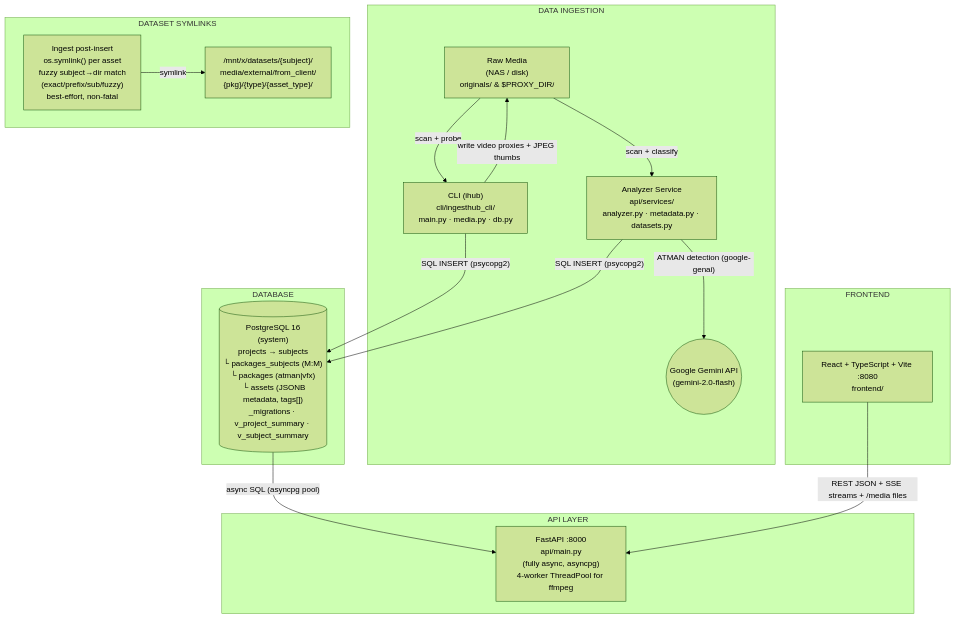
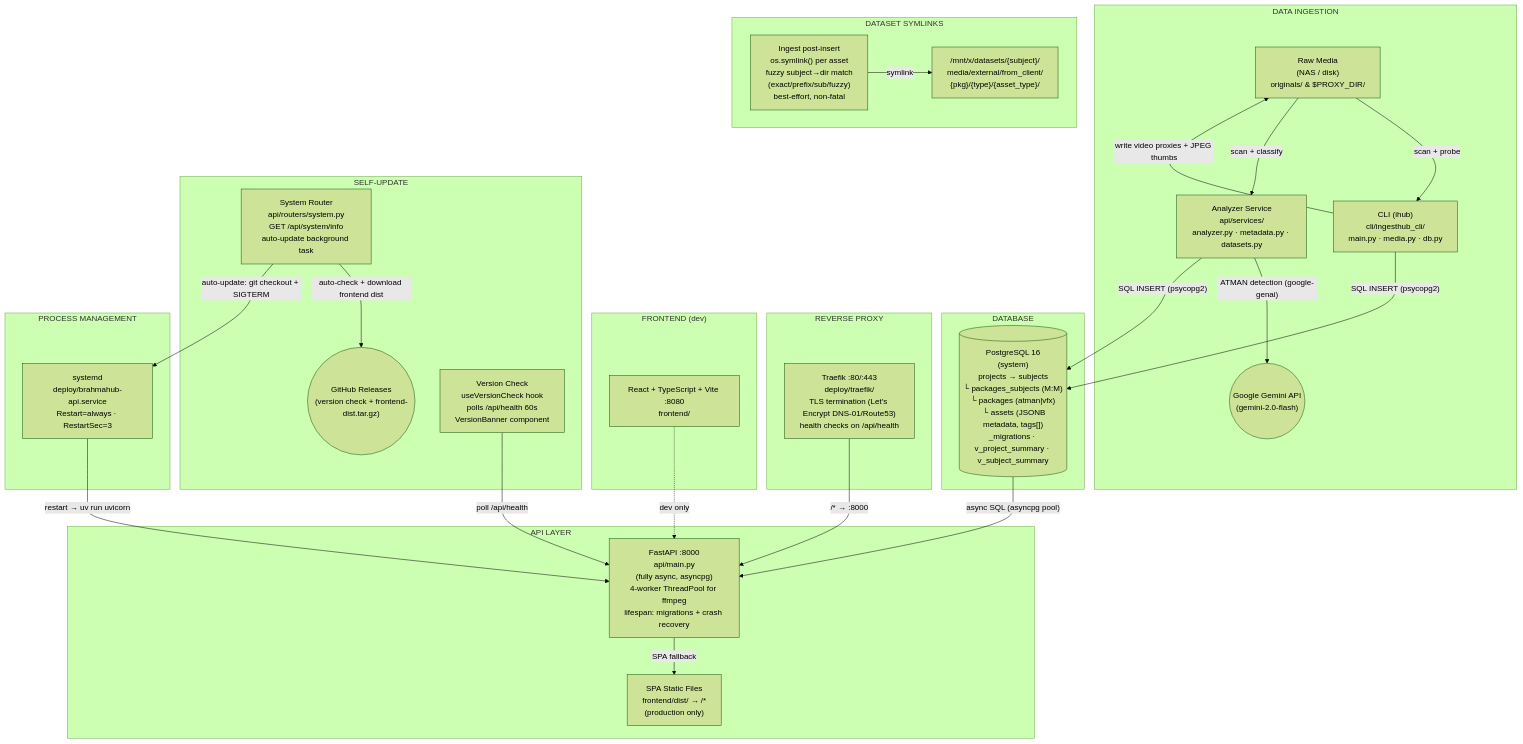
Before and after one commit to Metaphysic-ai/brahmahub: the diagram in CLAUDE.md, drawn with Mermaid (forest theme). The commit also changed other lines of this file and 21 other files, not shown here.

First line of the commit message:
feat: add automatic self-update via GitHub Releases

````diff
--- a/CLAUDE.md
+++ b/CLAUDE.md
@@ -167,38 +236,59 @@
 ```mermaid
 graph TB
     subgraph ingestion["DATA INGESTION"]
         media["Raw Media<br/>(NAS / disk)<br/>originals/ &amp; $PROXY_DIR/"]
         cli["CLI (ihub)<br/>cli/ingesthub_cli/<br/>main.py · media.py · db.py"]
         analyzer["Analyzer Service<br/>api/services/<br/>analyzer.py · metadata.py · datasets.py"]
         gemini(("Google Gemini API<br/>(gemini-2.0-flash)"))
 
         media -- "scan + probe" --> cli
         cli -- "write video proxies + JPEG thumbs" --> media
         media -- "scan + classify" --> analyzer
         analyzer -- "ATMAN detection (google-genai)" --> gemini
     end
 
     subgraph symlinks["DATASET SYMLINKS"]
         datasets["/mnt/x/datasets/{subject}/<br/>media/external/from_client/<br/>{pkg}/{type}/{asset_type}/"]
         ingest_post["Ingest post-insert<br/>os.symlink() per asset<br/>fuzzy subject→dir match<br/>(exact/prefix/sub/fuzzy)<br/>best-effort, non-fatal"]
 
         ingest_post -- "symlink" --> datasets
     end
 
     subgraph database["DATABASE"]
         pg[("PostgreSQL 16<br/>(system)<br/>projects → subjects<br/>└ packages_subjects (M:M)<br/>└ packages (atman|vfx)<br/>&nbsp;&nbsp;└ assets (JSONB metadata, tags[])<br/>_migrations · v_project_summary · v_subject_summary")]
     end
 
-    subgraph api["API LAYER"]
-        fastapi["FastAPI :8000<br/>api/main.py<br/>(fully async, asyncpg)<br/>4-worker ThreadPool for ffmpeg"]
+    subgraph proxy["REVERSE PROXY"]
+        traefik["Traefik :80/:443<br/>deploy/traefik/<br/>TLS termination (Let's Encrypt DNS-01/Route53)<br/>health checks on /api/health"]
     end
 
-    subgraph fe["FRONTEND"]
+    subgraph api["API LAYER"]
+        fastapi["FastAPI :8000<br/>api/main.py<br/>(fully async, asyncpg)<br/>4-worker ThreadPool for ffmpeg<br/>lifespan: migrations + crash recovery"]
+        spa["SPA Static Files<br/>frontend/dist/ → /*<br/>(production only)"]
+    end
+
+    subgraph fe["FRONTEND (dev)"]
         react["React + TypeScript + Vite :8080<br/>frontend/"]
+    end
+
+    subgraph selfupdate["SELF-UPDATE"]
+        ghrel(("GitHub Releases<br/>(version check + frontend-dist.tar.gz)"))
+        sysrouter["System Router<br/>api/routers/system.py<br/>GET /api/system/info<br/>auto-update background task"]
+        vcheck["Version Check<br/>useVersionCheck hook<br/>polls /api/health 60s<br/>VersionBanner component"]
+    end
+
+    subgraph deploy["PROCESS MANAGEMENT"]
+        systemd["systemd<br/>deploy/brahmahub-api.service<br/>Restart=always · RestartSec=3"]
     end
 
     cli -- "SQL INSERT (psycopg2)" --> pg
     analyzer -- "SQL INSERT (psycopg2)" --> pg
     pg -- "async SQL (asyncpg pool)" --> fastapi
-    react -- "REST JSON + SSE streams + /media files" --> fastapi
+    traefik -- "/* → :8000" --> fastapi
+    fastapi -- "SPA fallback" --> spa
+    react -. "dev only" .-> fastapi
+    sysrouter -- "auto-check + download frontend dist" --> ghrel
+    sysrouter -- "auto-update: git checkout + SIGTERM" --> systemd
+    systemd -- "restart → uv run uvicorn" --> fastapi
+    vcheck -- "poll /api/health" --> fastapi
 ```
````
